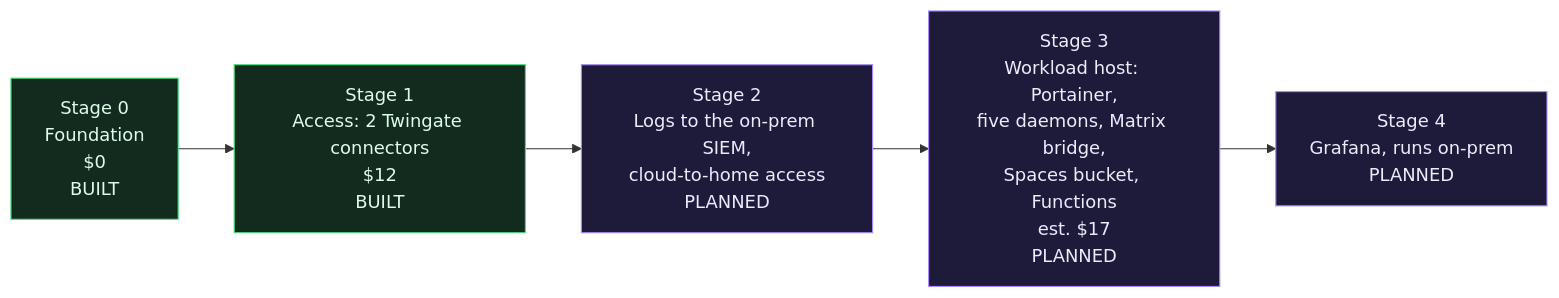
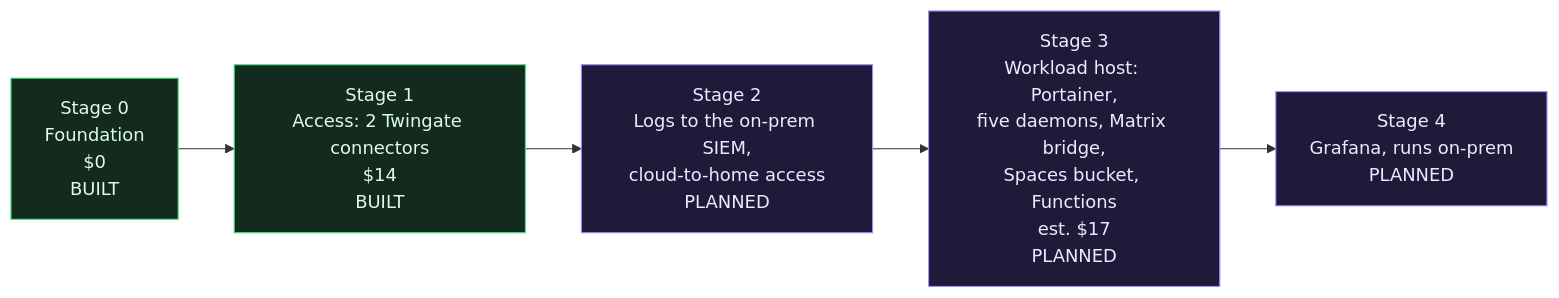
Before and after one commit to ChiefGyk3D/Clouds-Against-Humanity: the diagram in docs/wiki/Roadmap.md, drawn with Mermaid. The commit also changed 9 other files, not shown here.

````diff
--- a/docs/wiki/Roadmap.md
+++ b/docs/wiki/Roadmap.md
@@ -5,12 +5,12 @@
 ```mermaid
 flowchart LR
     s0["Stage 0<br/>Foundation<br/>$0<br/>BUILT"]:::done
-    s1["Stage 1<br/>Access: 2 Twingate connectors<br/>$12<br/>BUILT"]:::done
+    s1["Stage 1<br/>Access: 2 Twingate connectors<br/>$14<br/>BUILT"]:::done
     s2["Stage 2<br/>Logs to the on-prem SIEM,<br/>cloud-to-home access<br/>PLANNED"]:::plan
     s3["Stage 3<br/>Workload host: Portainer,<br/>five daemons, Matrix bridge,<br/>Spaces bucket, Functions<br/>est. $17<br/>PLANNED"]:::plan
     s4["Stage 4<br/>Grafana, runs on-prem<br/>PLANNED"]:::plan
     s0 --> s1 --> s2 --> s3 --> s4
 
     classDef done fill:#132a1f,stroke:#4ade80,color:#dcfce7
     classDef plan fill:#1e1b3a,stroke:#a78bfa,color:#ede9fe
 ```
````
